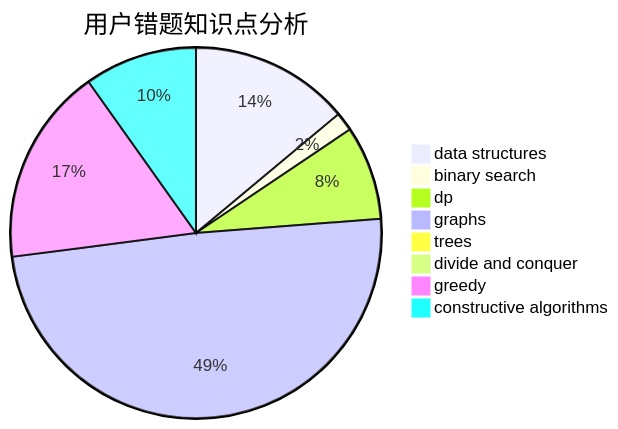
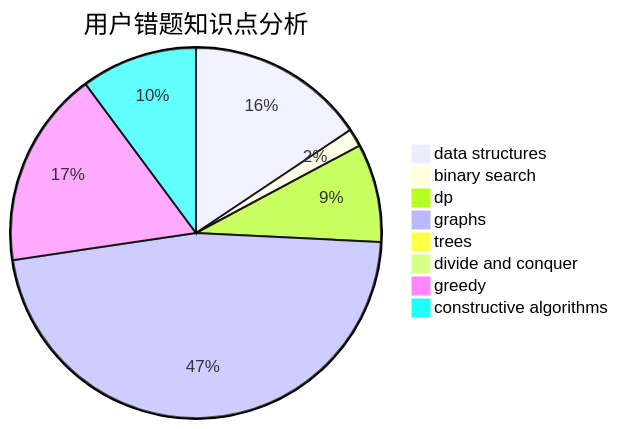
Before and after one commit to sherpahu/cfrs.github.io: the third of 3 diagrams in docs/user/u2356.md, drawn with Mermaid. The commit also changed other lines of this file and 2770 other files, not shown here.

````diff
--- a/docs/user/u2356.md
+++ b/docs/user/u2356.md
@@ -36,11 +36,11 @@
 ```mermaid
 pie title 用户错题知识点分析
-    "data structures" :  17
+    "data structures" :  20
     "binary search" :  2
-    "dp" :  10
+    "dp" :  11
     "graphs" :  60
     "trees" :  1
     "divide and conquer" :  0
-    "greedy" :  21
-    "constructive algorithms" :  12
+    "greedy" :  22
+    "constructive algorithms" :  13
 ```
````
